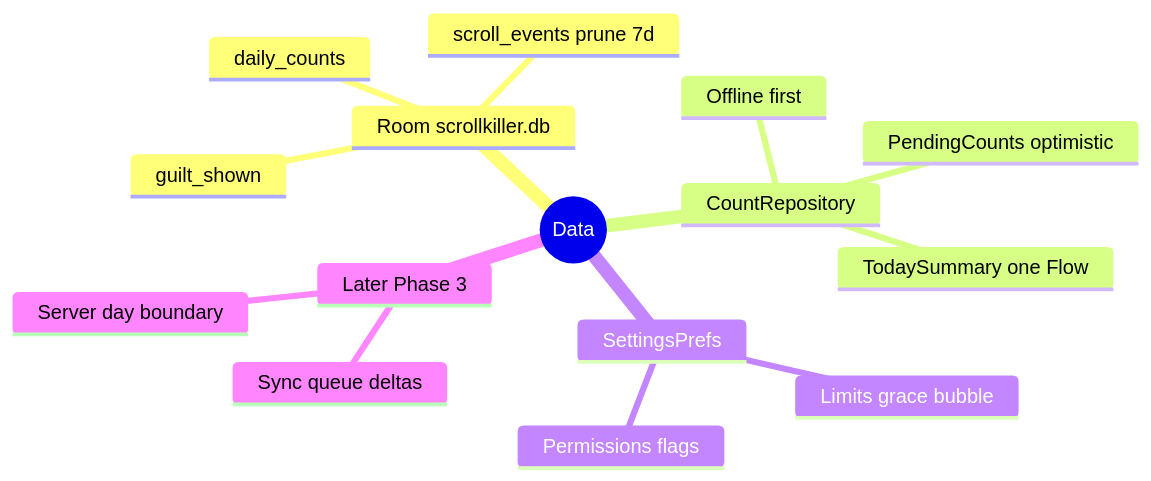
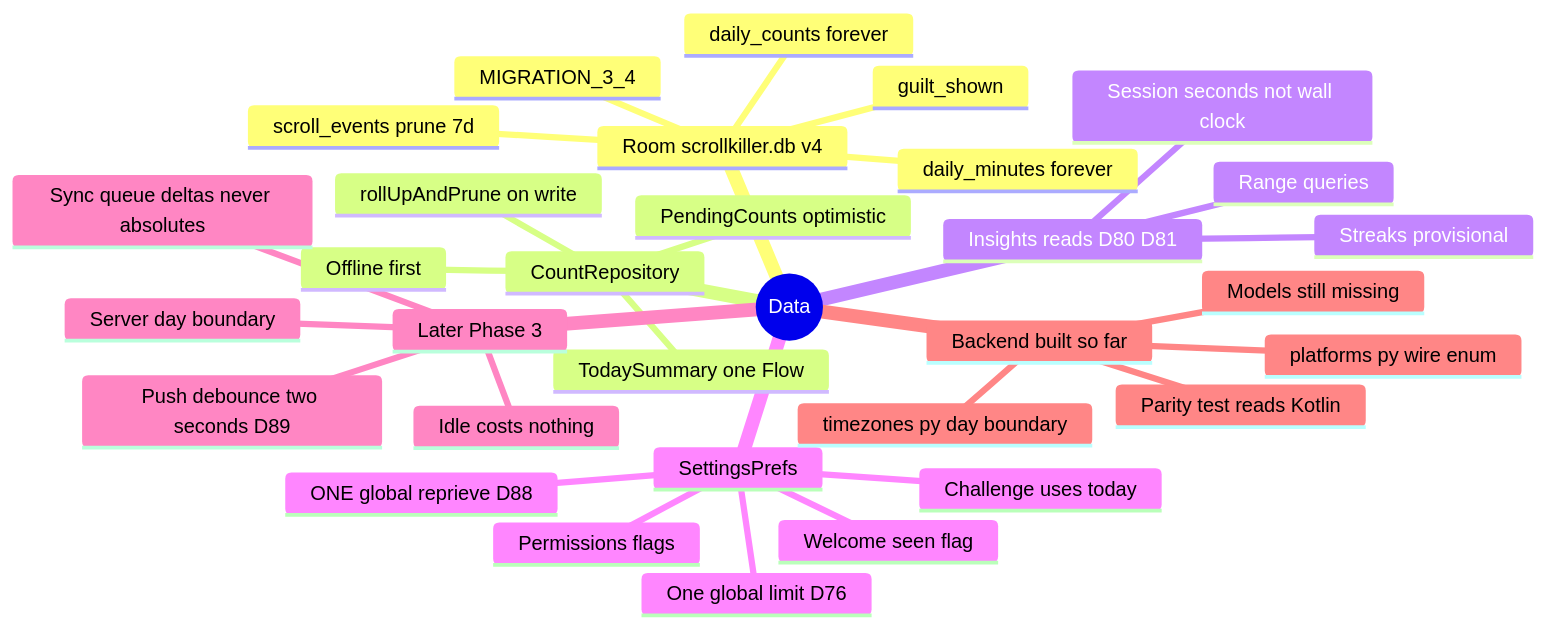
One commit to BasitScribe/ScrollKiller changed the diagram in ScrollKiller/Data.md. Above: the diagram before and after it, drawn with Mermaid. The commit also changed other lines of this file and 71 other files, not shown here.

````diff
--- a/ScrollKiller/Data.md
+++ b/ScrollKiller/Data.md
@@ -7,18 +14,35 @@
 ```mermaid
 mindmap
   root((Data))
-    Room scrollkiller.db
-      daily_counts
+    Room scrollkiller.db v4
+      daily_counts forever
+      daily_minutes forever
       scroll_events prune 7d
       guilt_shown
+      MIGRATION_3_4
     CountRepository
       Offline first
       PendingCounts optimistic
       TodaySummary one Flow
+      rollUpAndPrune on write
+    Insights reads D80 D81
+      Range queries
+      Streaks provisional
+      Session seconds not wall clock
     SettingsPrefs
-      Limits grace bubble
+      One global limit D76
+      ONE global reprieve D88
+      Challenge uses today
+      Welcome seen flag
       Permissions flags
     Later Phase 3
-      Sync queue deltas
+      Sync queue deltas never absolutes
+      Push debounce two seconds D89
+      Idle costs nothing
       Server day boundary
+    Backend built so far
+      platforms py wire enum
+      Parity test reads Kotlin
+      timezones py day boundary
+      Models still missing
 ```
````
